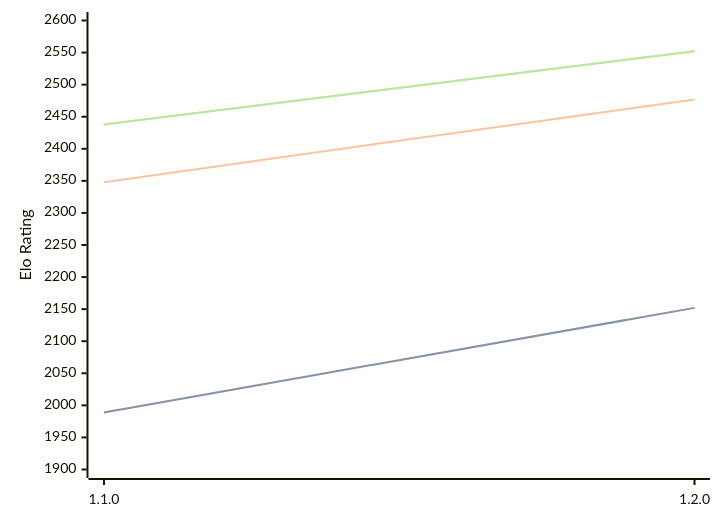
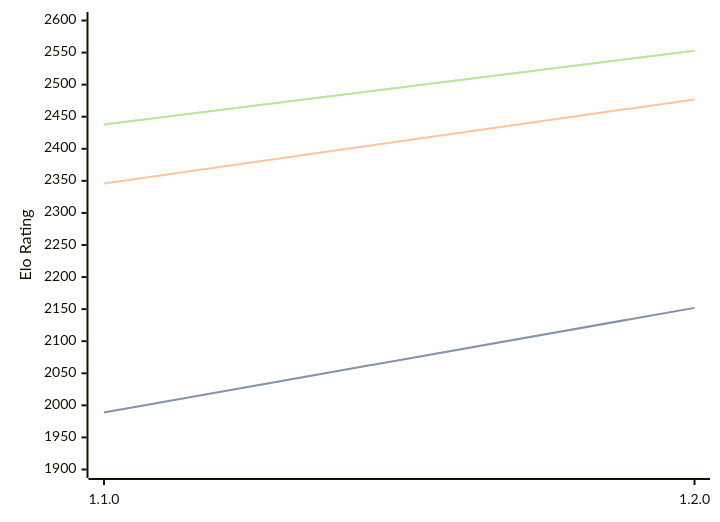
Before and after one commit to computer-chess-index/cci: the diagram in engines/Gyatso.md, drawn with Mermaid. The commit also changed other lines of this file, not shown here.

Commit message:
Update CCI Ratings (ELO VLTC) - 2026-03-22

````diff
--- a/engines/Gyatso.md
+++ b/engines/Gyatso.md
@@ -33,11 +33,11 @@
 ```mermaid
 %%{init: {"theme":"base","themeVariables":{"seriesColors:['#a3a3a3','#222221','#faa371']}}}%%
 xychart-beta
   x-axis ["1.1.0", "1.2.0"]
   y-axis "Elo Rating" 1900 --> 2600
   line "STC (8.0+0.08s)" [1989, 2152]
   line "STC (8.0+0.08s)" [1989, 2152]
-  line "LTC (60.0+0.60s)" [2348, 2477]
-  line "VLTC (2m24s+1.12s)" [2438, 2552]
-  line "VLTC (2m24s+1.12s)" [2438, 2552]
+  line "LTC (60.0+0.60s)" [2346, 2477]
+  line "VLTC (2m24s+1.12s)" [2438, 2553]
+  line "VLTC (2m24s+1.12s)" [2438, 2553]
 ```
````
